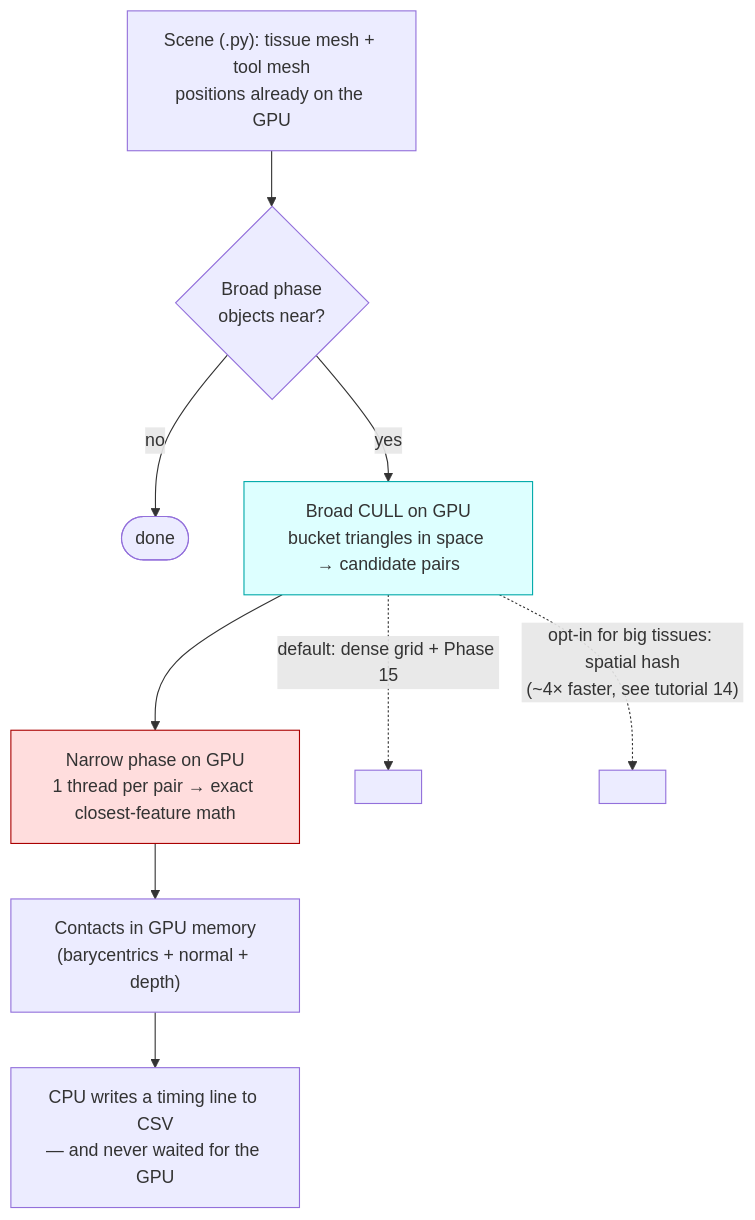
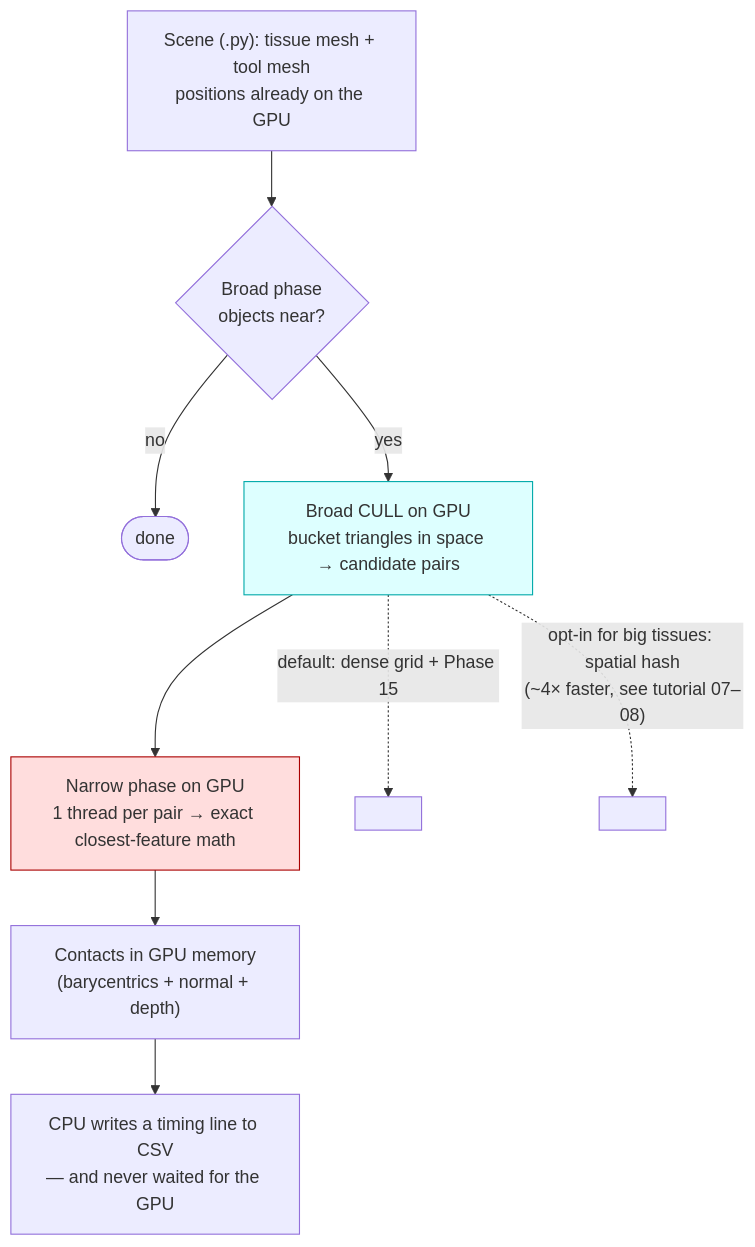
One commit to arfinzz/gpusofa changed the diagram in tutorial/00_high_level_flow.md. Above: the diagram before and after it, drawn with Mermaid. The commit also changed other lines of this file and 21 other files, not shown here.

````diff
--- a/tutorial/00_high_level_flow.md
+++ b/tutorial/00_high_level_flow.md
@@ -165,14 +167,14 @@
 ```mermaid
 flowchart TD
     SC["Scene (.py): tissue mesh + tool mesh<br/>positions already on the GPU"] --> BP{"Broad phase<br/>objects near?"}
     BP -- no --> DONE([done])
     BP -- yes --> BC["Broad CULL on GPU<br/>bucket triangles in space → candidate pairs"]
     BC --> NP["Narrow phase on GPU<br/>1 thread per pair → exact closest-feature math"]
     NP --> CT["Contacts in GPU memory<br/>(barycentrics + normal + depth)"]
     CT --> CSV["CPU writes a timing line to CSV<br/>— and never waited for the GPU"]
 
     BC -. "default: dense grid + Phase 15" .-> D1[ ]
-    BC -. "opt-in for big tissues: spatial hash<br/>(~4× faster, see tutorial 14)" .-> D2[ ]
+    BC -. "opt-in for big tissues: spatial hash<br/>(~4× faster, see tutorial 07–08)" .-> D2[ ]
     style BC fill:#dff,stroke:#0aa
     style NP fill:#fdd,stroke:#a00
 ```
````
